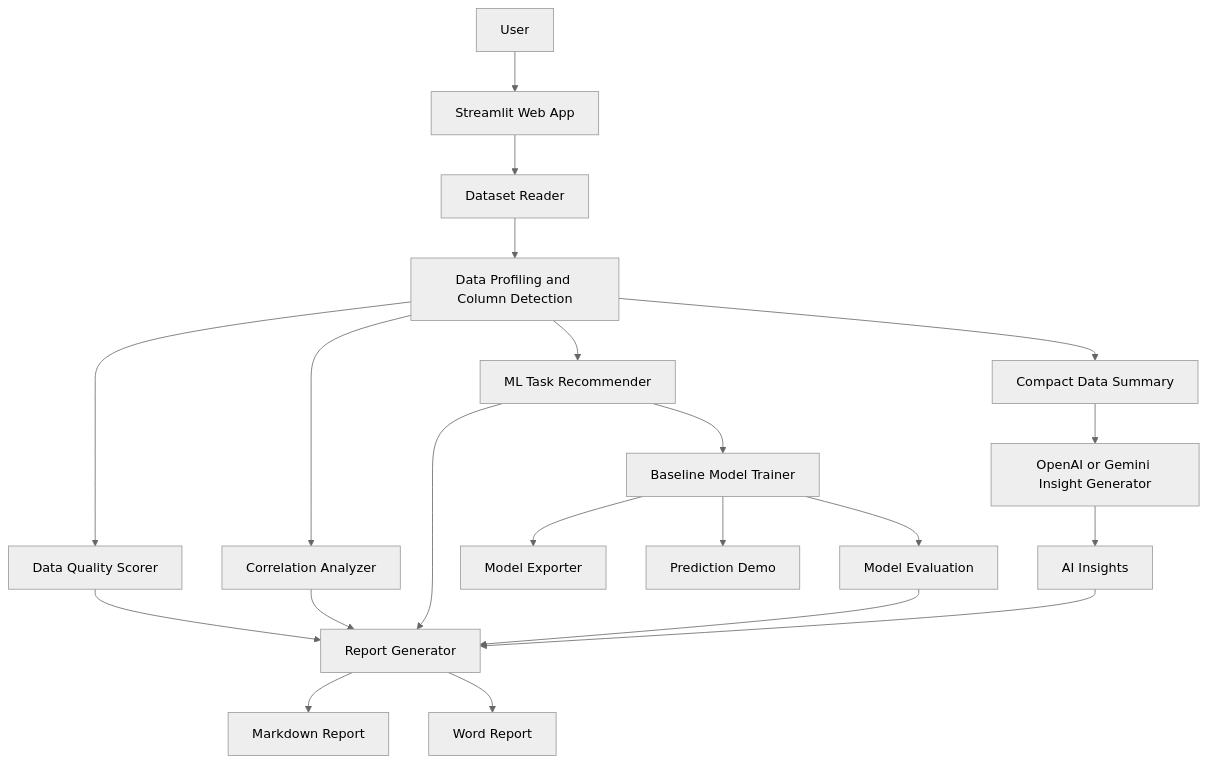
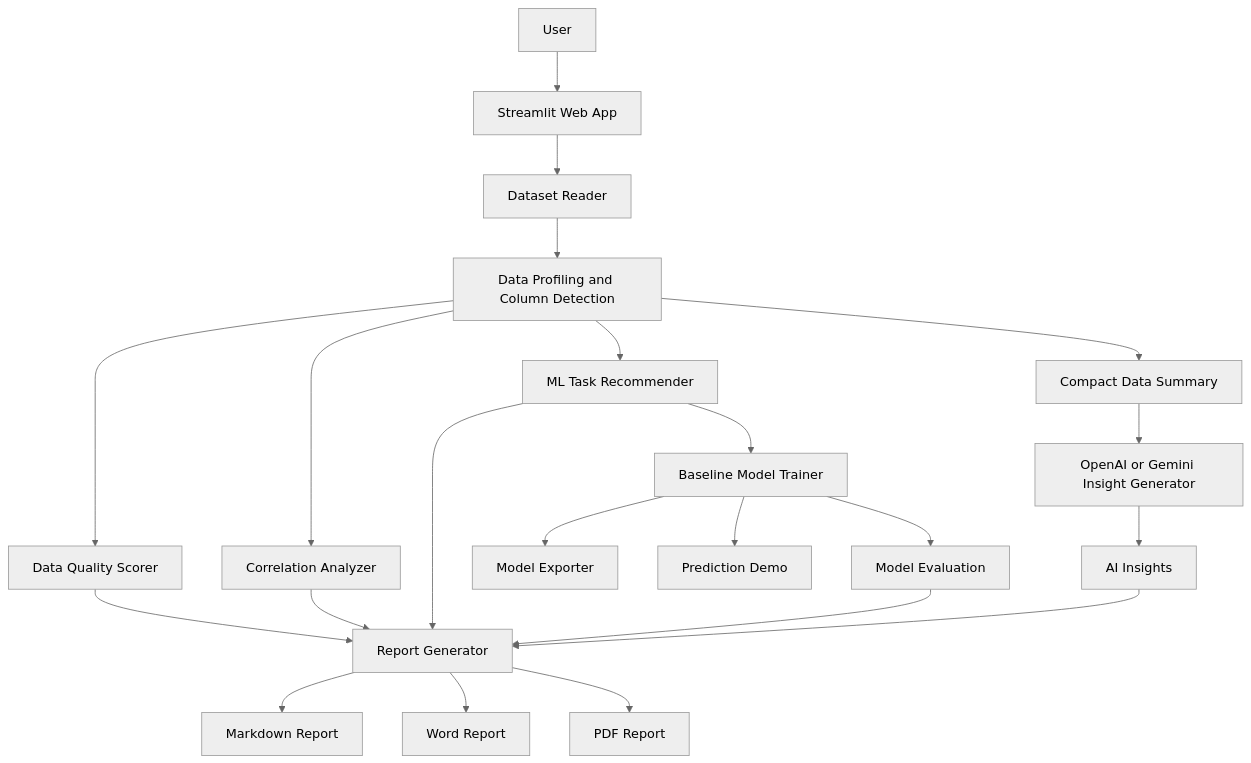
The diagram in README.md (Lovis-Ghost/data-analysis-report-agent), drawn with Mermaid (neutral theme) before and after one commit. The commit also changed other lines of this file, not shown here.

Commit message:
Fix README report architecture output

````diff
--- a/README.md
+++ b/README.md
@@ -33,23 +33,24 @@
 ```mermaid
 flowchart TD
     A[User] --> B[Streamlit Web App]
     B --> C[Dataset Reader]
     C --> D[Data Profiling and Column Detection]
     D --> E[Data Quality Scorer]
     D --> F[Correlation Analyzer]
     D --> G[ML Task Recommender]
     G --> H[Baseline Model Trainer]
     H --> I[Model Evaluation]
     H --> J[Model Exporter]
     H --> K[Prediction Demo]
     E --> L[Report Generator]
     F --> L
     G --> L
     I --> L
     D --> M[Compact Data Summary]
     M --> N[OpenAI or Gemini Insight Generator]
     N --> O[AI Insights]
     O --> L
     L --> P[Markdown Report]
     L --> Q[Word Report]
+    L --> R[PDF Report]
 ```
````
